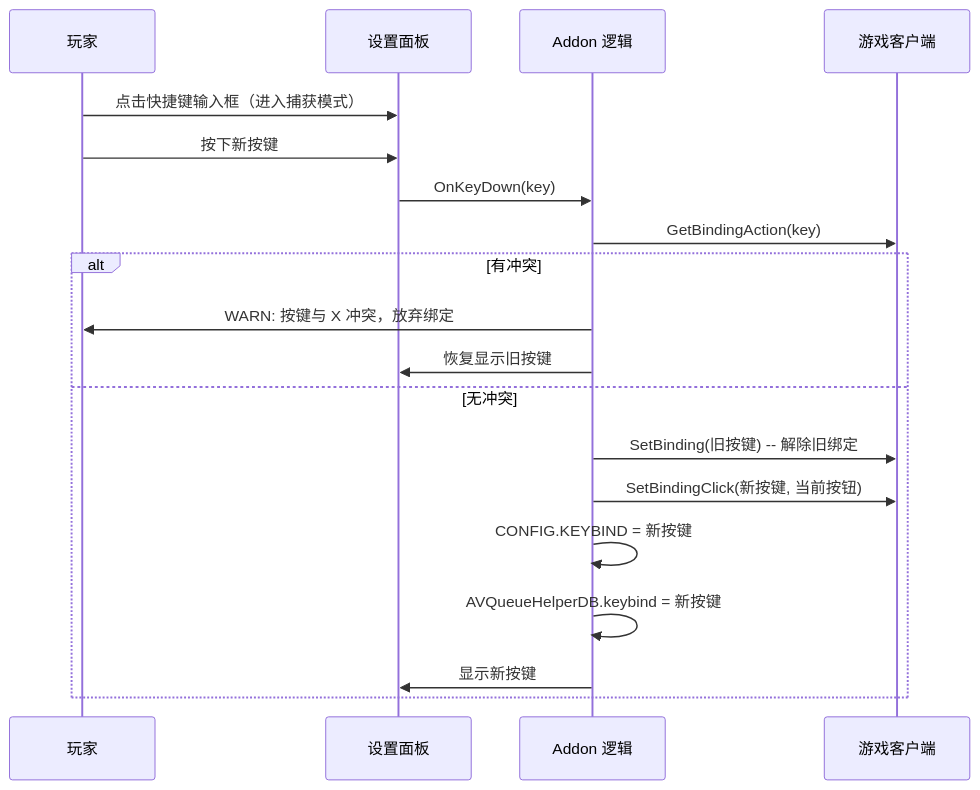
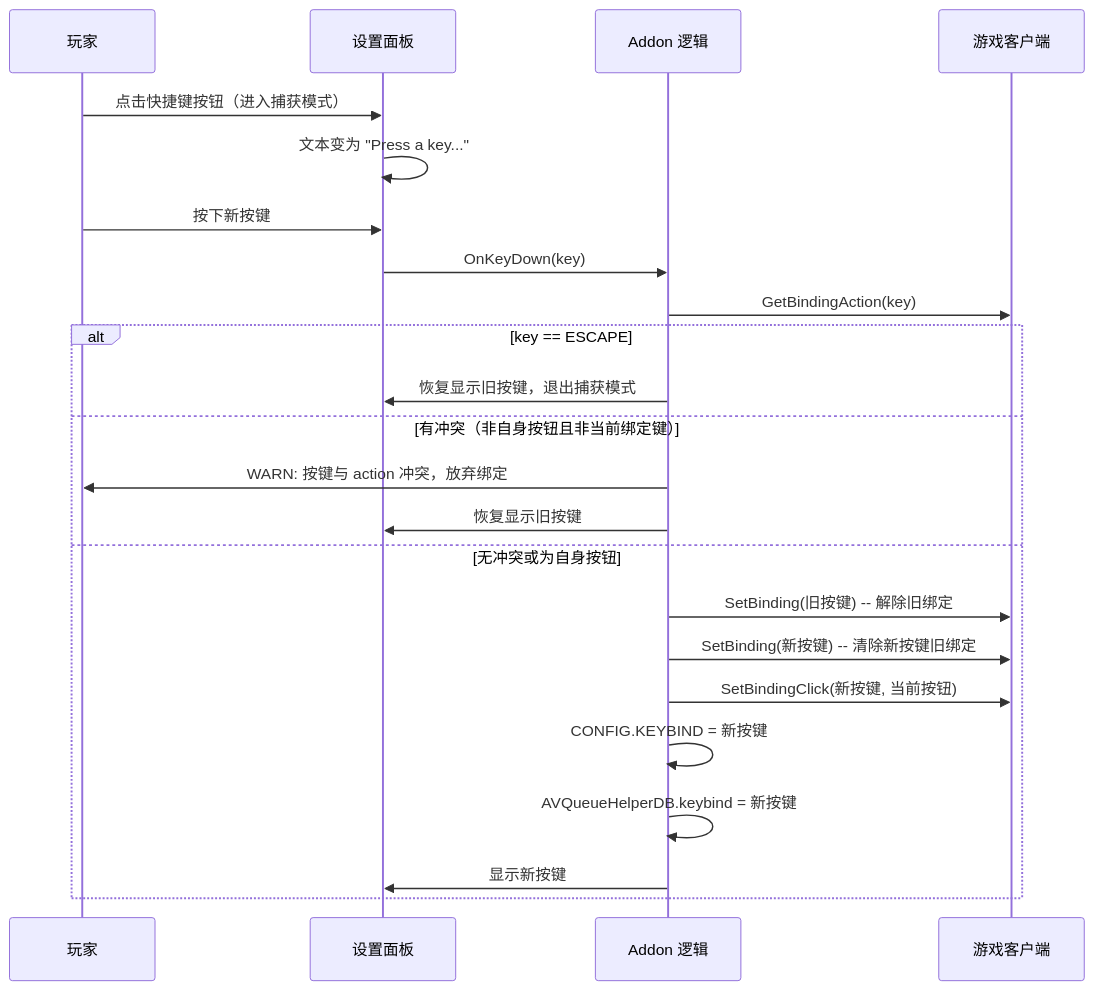
The second of 2 diagrams in .kiro/specs/wow-classic-addon/av-queue-config/design.md (sheng-wang-i/WowAVQueueHelper), drawn with Mermaid before and after one commit. The commit also changed other lines of this file and 2 other files, not shown here.

````diff
--- a/.kiro/specs/wow-classic-addon/av-queue-config/design.md
+++ b/.kiro/specs/wow-classic-addon/av-queue-config/design.md
@@ -48,22 +69,26 @@
 ```mermaid
 sequenceDiagram
     participant P as 玩家
     participant UI as 设置面板
     participant A as Addon 逻辑
     participant G as 游戏客户端
 
-    P->>UI: 点击快捷键输入框（进入捕获模式）
+    P->>UI: 点击快捷键按钮（进入捕获模式）
+    UI->>UI: 文本变为 "Press a key..."
     P->>UI: 按下新按键
     UI->>A: OnKeyDown(key)
     A->>G: GetBindingAction(key)
-    alt 有冲突
-        A->>P: WARN: 按键与 X 冲突，放弃绑定
+    alt key == ESCAPE
+        A->>UI: 恢复显示旧按键，退出捕获模式
+    else 有冲突（非自身按钮且非当前绑定键）
+        A->>P: WARN: 按键与 action 冲突，放弃绑定
         A->>UI: 恢复显示旧按键
-    else 无冲突
+    else 无冲突或为自身按钮
         A->>G: SetBinding(旧按键) -- 解除旧绑定
+        A->>G: SetBinding(新按键) -- 清除新按键旧绑定
         A->>G: SetBindingClick(新按键, 当前按钮)
         A->>A: CONFIG.KEYBIND = 新按键
         A->>A: AVQueueHelperDB.keybind = 新按键
         A->>UI: 显示新按键
     end
 ```
````
